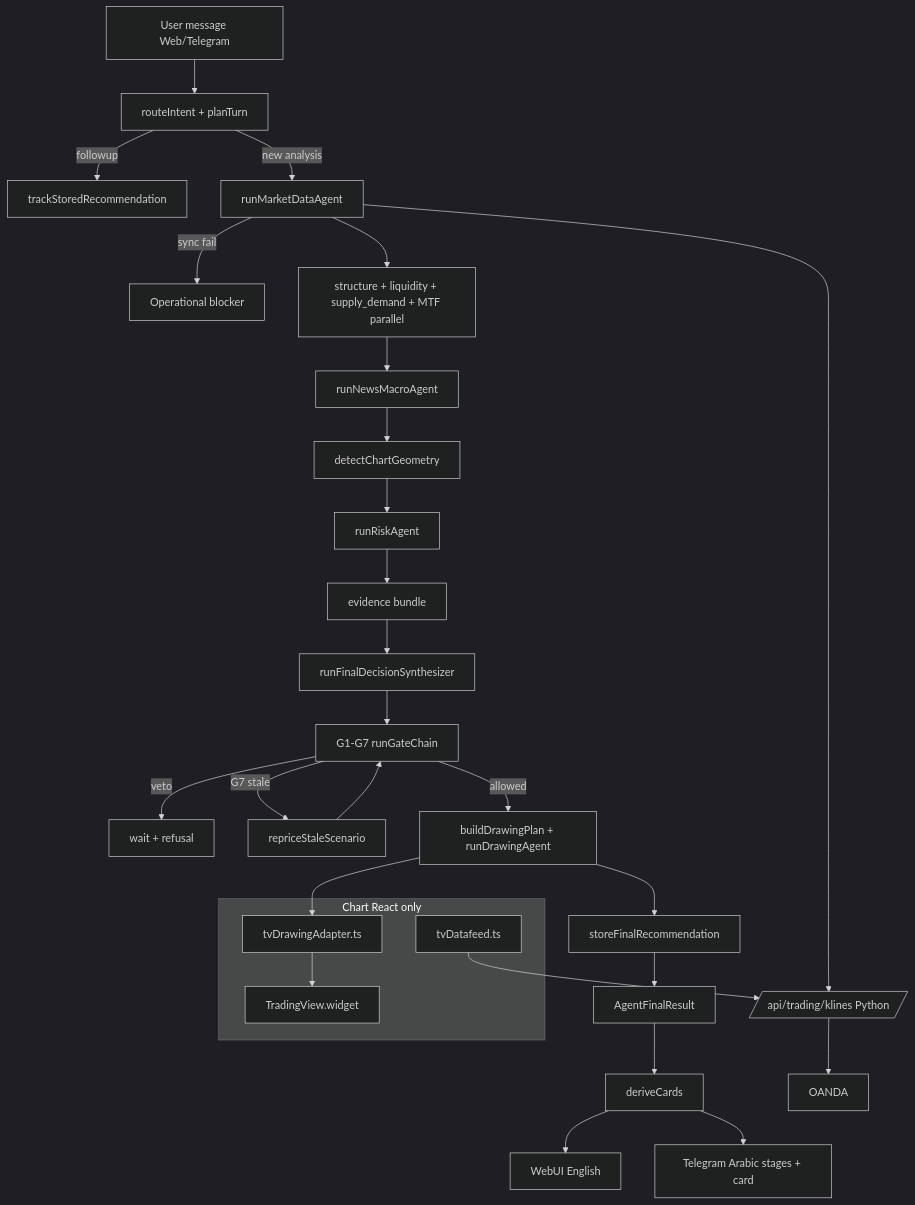
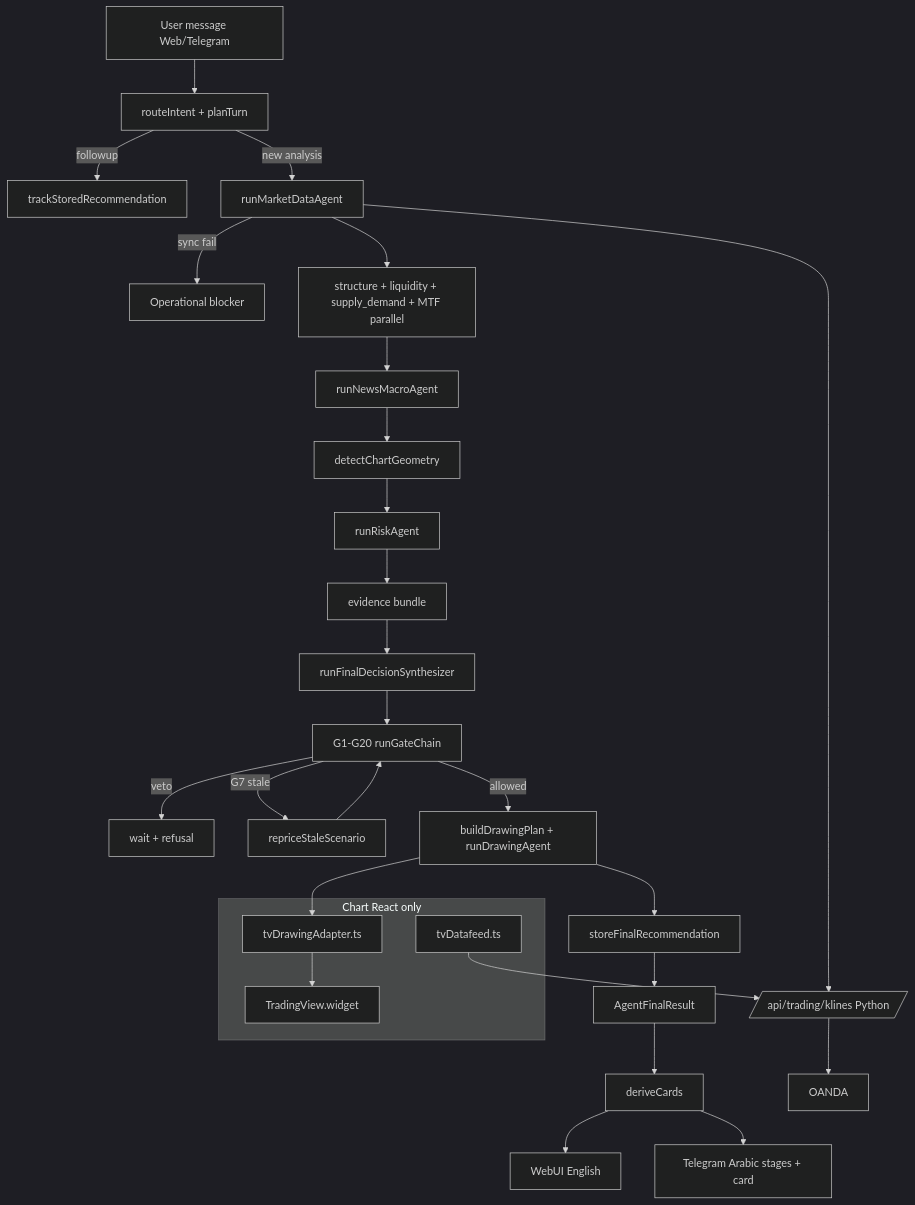
One commit to loorksy/NanoAgent changed the second of 2 diagrams in docs/designs/gold-trading-agent.md. Above: the diagram before and after it, drawn with Mermaid (dark theme). The commit also changed other lines of this file and 6 other files, not shown here.

````diff
--- a/docs/designs/gold-trading-agent.md
+++ b/docs/designs/gold-trading-agent.md
@@ -330,35 +330,35 @@
 ```mermaid
 flowchart TD
   MSG[User message Web/Telegram] --> INTENT[routeIntent + planTurn]
   INTENT -->|followup| TRACK[trackStoredRecommendation]
   INTENT -->|new analysis| MARKET[runMarketDataAgent]
   MARKET -->|sync fail| STOP[Operational blocker]
   MARKET --> FLEET[structure + liquidity + supply_demand + MTF parallel]
   FLEET --> NEWS[runNewsMacroAgent]
   NEWS --> GEO[detectChartGeometry]
   GEO --> RISK[runRiskAgent]
   RISK --> EVID[evidence bundle]
   EVID --> SYNTH[runFinalDecisionSynthesizer]
-  SYNTH --> GATES[G1-G7 runGateChain]
+  SYNTH --> GATES[G1-G20 runGateChain]
   GATES -->|veto| WAIT[wait + refusal]
   GATES -->|G7 stale| REPRICE[repriceStaleScenario]
   REPRICE --> GATES
   GATES -->|allowed| DRAW[buildDrawingPlan + runDrawingAgent]
   DRAW --> STORE[storeFinalRecommendation]
   STORE --> RESULT[AgentFinalResult]
   RESULT --> CARDS[deriveCards]
   CARDS --> WEB[WebUI English]
   CARDS --> TG[Telegram Arabic stages + card]
 
   subgraph Chart React only
     TV[TradingView.widget]
     DF[tvDatafeed.ts]
     DA[tvDrawingAdapter.ts]
   end
 
   MARKET --> API[/api/trading/klines Python/]
   API --> OANDA[OANDA]
   DF --> API
   DRAW --> DA
   DA --> TV
 ```
````
